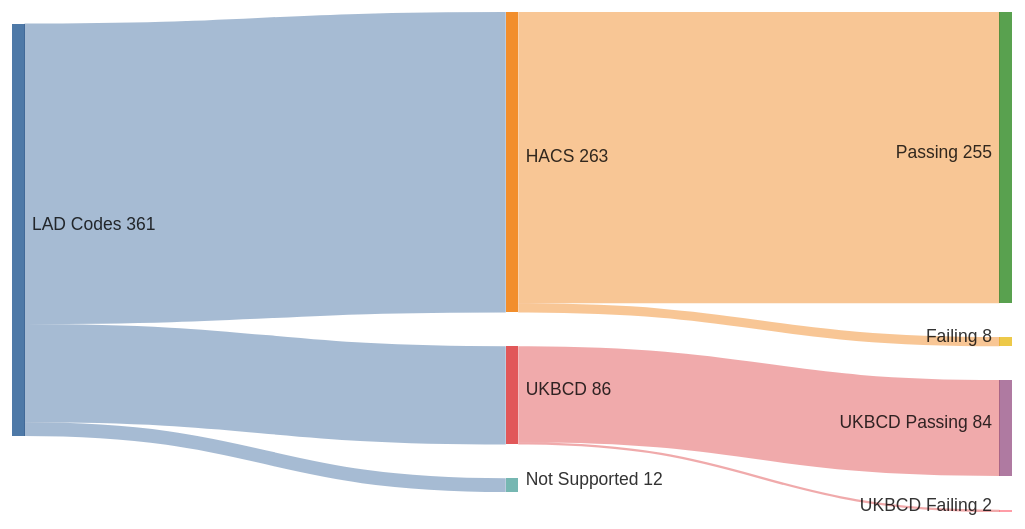
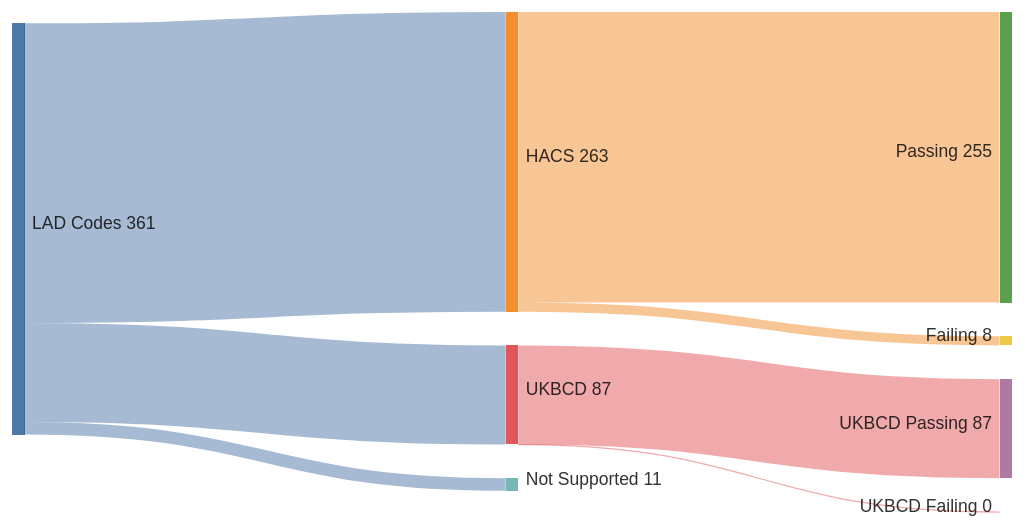
Before and after one commit to cmbsteinberg/ukbinday: the diagram in README.md, drawn with Mermaid. The commit also changed 31 other files, not shown here.

First line of the commit message:
Use LAD codes as public council IDs; add Buckinghamshire, Liberty Create

````diff
--- a/README.md
+++ b/README.md
@@ -11,21 +11,21 @@
 ```mermaid
 ---
 config:
   sankey:
     width: 800
     height: 400
     linkColor: source
     nodeAlignment: left
 ---
 sankey-beta
 
 "LAD Codes","HACS",263
-"LAD Codes","UKBCD",86
-"LAD Codes","Not Supported",12
+"LAD Codes","UKBCD",87
+"LAD Codes","Not Supported",11
 
 "HACS","Passing",255
 "HACS","Failing",8
 
-"UKBCD","UKBCD Passing",84
-"UKBCD","UKBCD Failing",2
+"UKBCD","UKBCD Passing",87
+"UKBCD","UKBCD Failing",0
 ```
````
